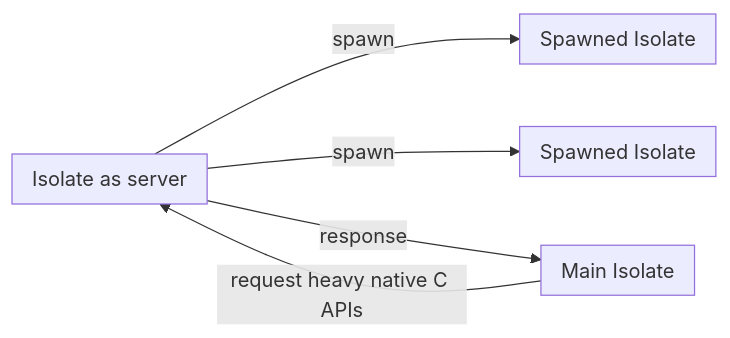
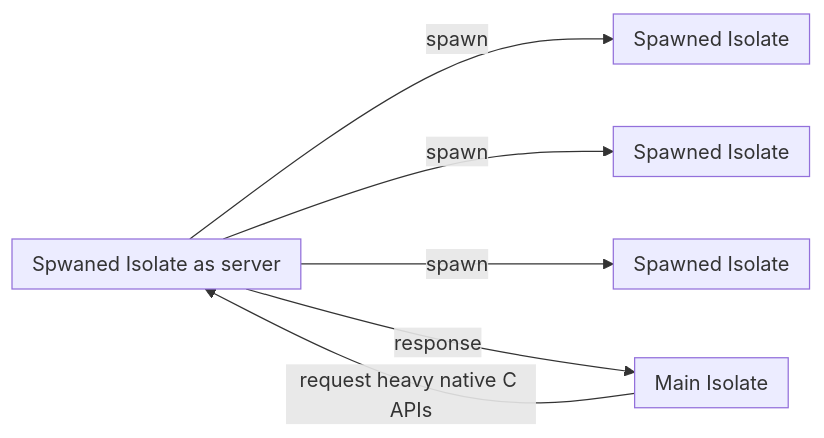
Before and after one commit to sensuikan1973/flutter_expensive_native_embedding_journey: the third of 3 diagrams in slide/pages/journey_native_C_APIs.md, drawn with Mermaid. The commit also changed other lines of this file, not shown here.

````diff
--- a/slide/pages/journey_native_C_APIs.md
+++ b/slide/pages/journey_native_C_APIs.md
@@ -101,15 +92,16 @@
 ```mermaid
 flowchart LR
     subgraph M ["Main#32;Isolate"]
     end
     M -->|"request#32;heavy#32;native#32;C#32;APIs"| S
-    subgraph S ["Isolate#32;as#32;server"]
+    subgraph S ["Spwaned#32;Isolate#32;as#32;server"]
     end
-    S -->|spawn| S2
-    S -->|spawn| S3
+    S -->|spawn| S2 & S3 & S4
     subgraph S2 ["Spawned#32;Isolate"]
     end
     subgraph S3 ["Spawned#32;Isolate"]
     end
+    subgraph S4 ["Spawned#32;Isolate"]
+    end
     S -->|response| M
 ```
````
